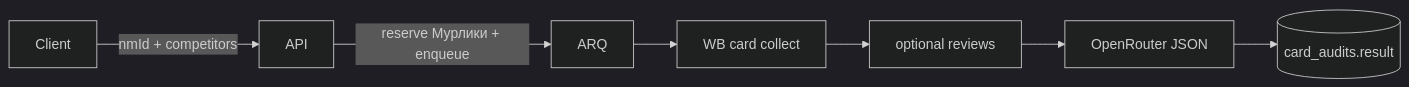
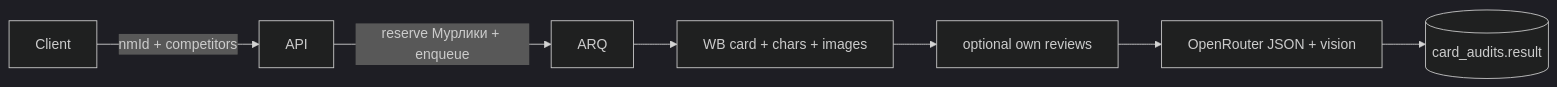
One commit to MarketHackerLabs/docs changed the diagram in architecture/card-audit.md. Above: the diagram before and after it, drawn with Mermaid (dark theme). The commit also changed other lines of this file and 3 other files, not shown here.

First line of the commit message:
docs(card-audit): sync architecture with own reviews and admin/UI flow

````diff
--- a/architecture/card-audit.md
+++ b/architecture/card-audit.md
@@ -37,9 +37,9 @@
 ```mermaid
 flowchart LR
   Client -->|nmId + competitors| API
   API -->|reserve Мурлики + enqueue| ARQ
-  ARQ --> Fetch[WB card collect]
-  Fetch --> Context[optional reviews]
-  Context --> LLM[OpenRouter JSON]
+  ARQ --> Fetch[WB card + chars + images]
+  Fetch --> Reviews[optional own reviews]
+  Reviews --> LLM[OpenRouter JSON + vision]
   LLM --> PG[(card_audits.result)]
 ```
````
